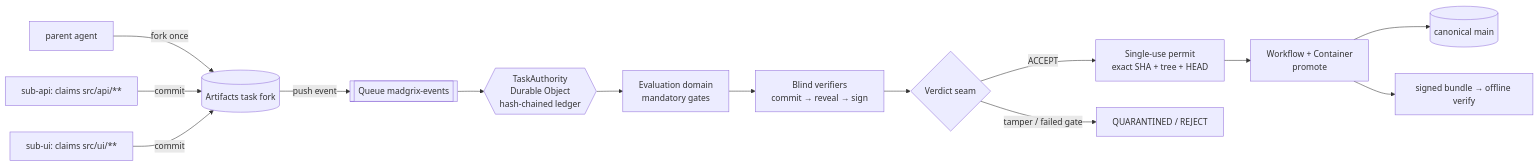
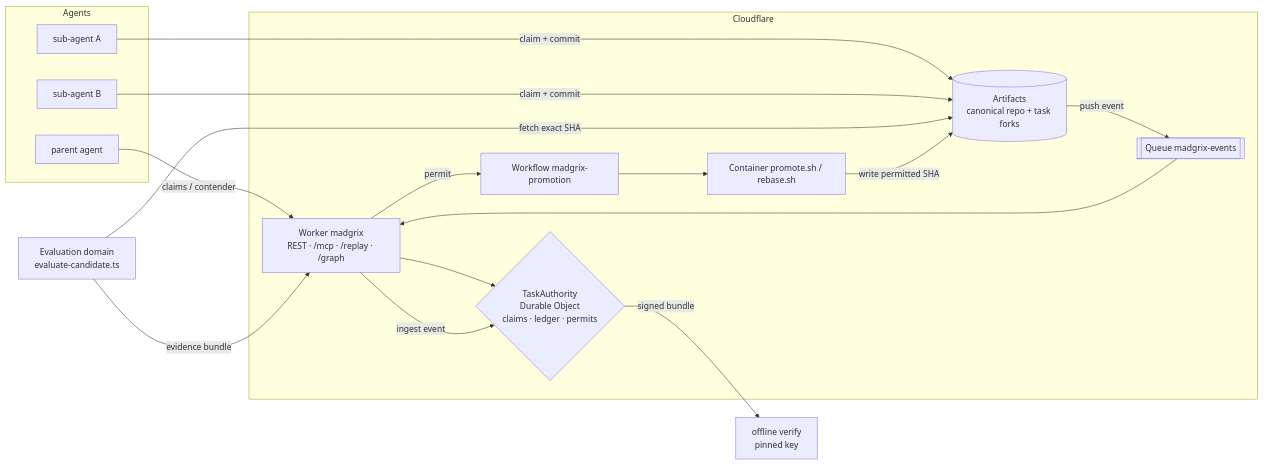
The first of 3 diagrams in README.md (YashwanthGathuku/Git4agents), drawn with Mermaid before and after one commit. The commit also changed other lines of this file and 12 other files, not shown here.

Commit message:
README overhaul: diagrams, live screenshots, cheater GIF, verified quick start and live flows; repo links → Git4agents; ship live bundles for offline verify

````diff
--- a/README.md
+++ b/README.md
@@ -19,16 +21,26 @@
 ```mermaid
 flowchart LR
-    P[parent agent] -- fork once --> F[(Artifacts task fork)]
-    A[sub-api: claims src/api/**] -- commit --> F
-    U[sub-ui: claims src/ui/**] -- commit --> F
-    F -- push event --> Q[[Queue madgrix-events]]
-    Q --> T{{TaskAuthority<br/>Durable Object<br/>hash-chained ledger}}
-    T --> E[Evaluation domain<br/>mandatory gates]
-    E --> V[Blind verifiers<br/>commit → reveal → sign]
-    V --> S{Verdict seam}
-    S -- ACCEPT --> K[Single-use permit<br/>exact SHA + tree + HEAD]
-    K --> W[Workflow + Container<br/>promote]
-    W --> C[(canonical main)]
-    W --> B[signed bundle → offline verify]
-    S -- tamper / failed gate --> X[QUARANTINED / REJECT]
+    subgraph Agents
+      P[parent agent]
+      S1[sub-agent A]
+      S2[sub-agent B]
+    end
+    subgraph CF[Cloudflare]
+      W[Worker madgrix<br/>REST · /mcp · /replay · /graph]
+      DO{TaskAuthority<br/>Durable Object<br/>claims · ledger · permits}
+      Q[[Queue madgrix-events]]
+      ART[(Artifacts<br/>canonical repo + task forks)]
+      WF[Workflow madgrix-promotion]
+      CT[Container promote.sh / rebase.sh]
+    end
+    EV[Evaluation domain<br/>evaluate-candidate.ts]
+    P -- claims / contender --> W --> DO
+    S1 -- claim + commit --> ART
+    S2 -- claim + commit --> ART
+    ART -- push event --> Q --> W
+    W -- ingest event --> DO
+    EV -- fetch exact SHA --> ART
+    EV -- evidence bundle --> W
+    W -- permit --> WF --> CT -- write permitted SHA --> ART
+    DO -- signed bundle --> V[offline verify<br/>pinned key]
 ```
````
